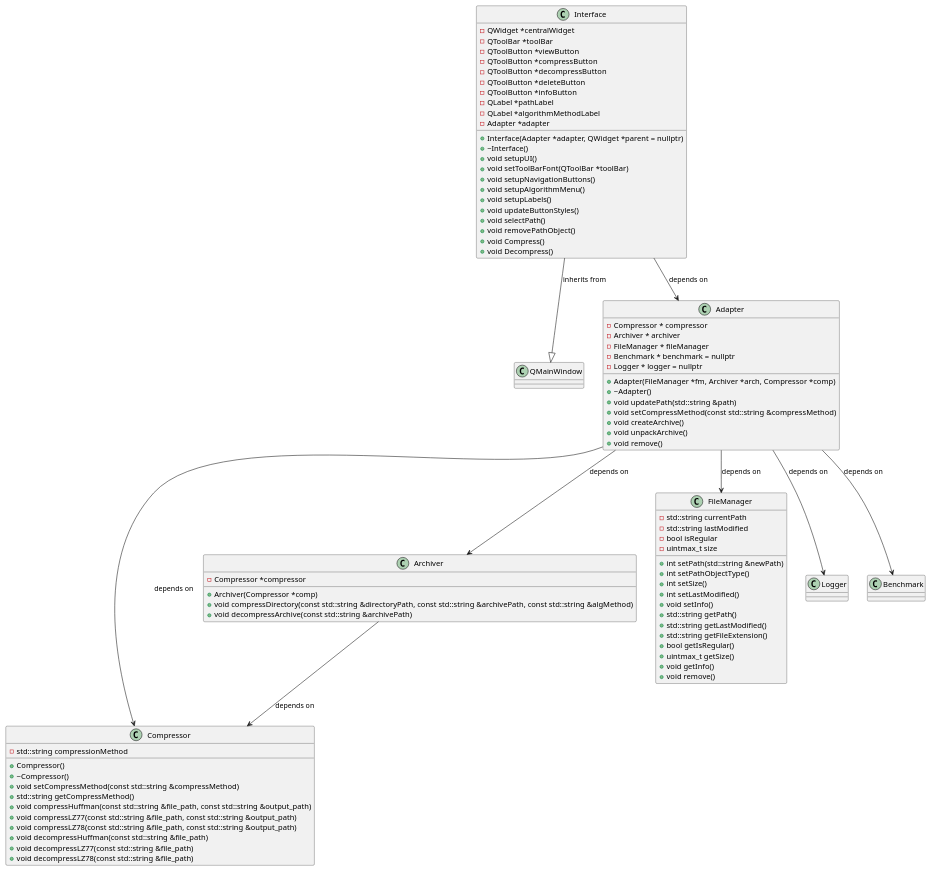
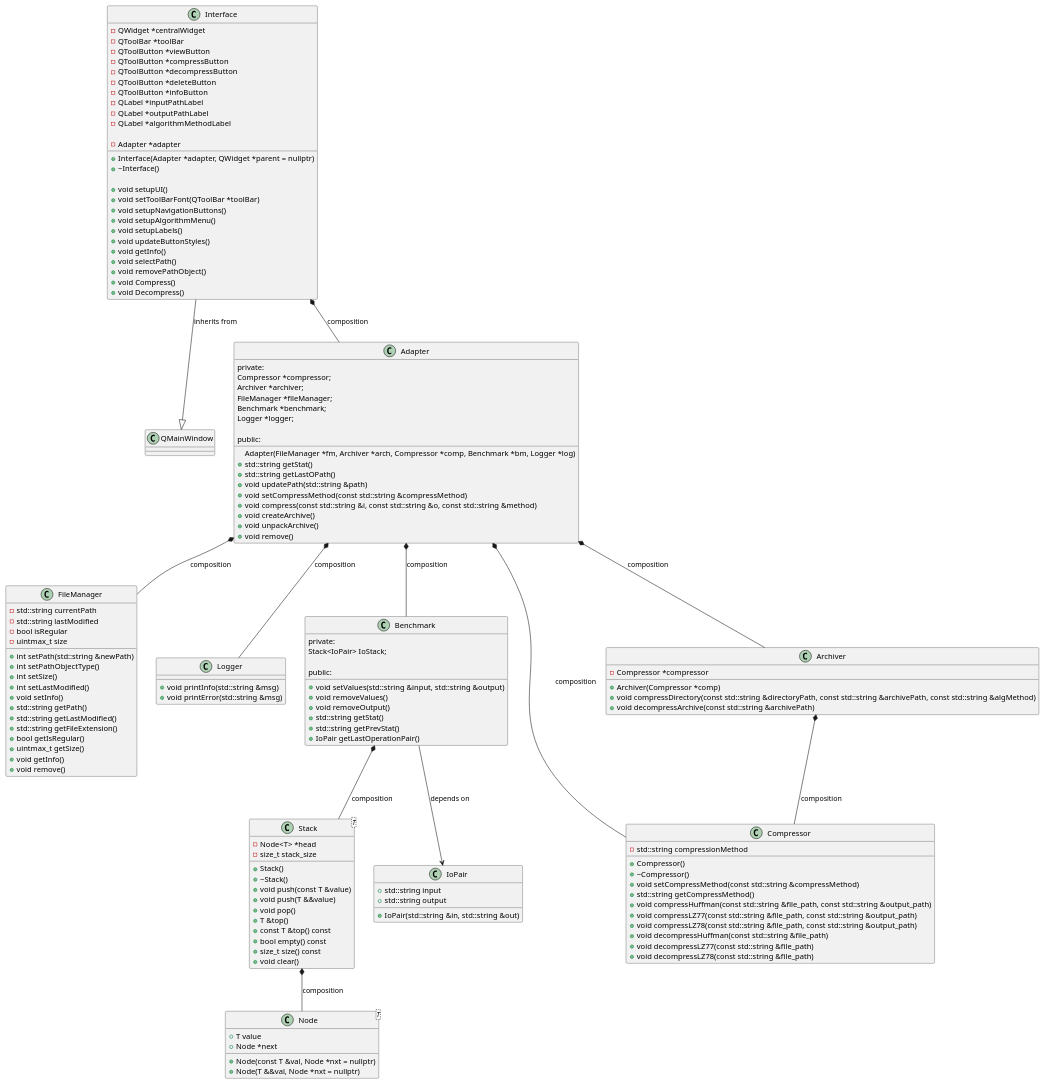
The diagram in assets/diagrama.puml (xfrbt1/ArchiveIT), drawn with PlantUML before and after one commit. The commit also changed 3 other files, not shown here.

```diff
--- a/assets/diagrama.puml
+++ b/assets/diagrama.puml
@@ -1,107 +1,168 @@
 @startuml
 
 class Interface {
     - QWidget *centralWidget
     - QToolBar *toolBar
     - QToolButton *viewButton
     - QToolButton *compressButton
     - QToolButton *decompressButton
     - QToolButton *deleteButton
     - QToolButton *infoButton
-    - QLabel *pathLabel
+    - QLabel *inputPathLabel
+    - QLabel *outputPathLabel
     - QLabel *algorithmMethodLabel
+
     - Adapter *adapter
 
     + Interface(Adapter *adapter, QWidget *parent = nullptr)
     + ~Interface()
+
     + void setupUI()
     + void setToolBarFont(QToolBar *toolBar)
     + void setupNavigationButtons()
     + void setupAlgorithmMenu()
     + void setupLabels()
     + void updateButtonStyles()
+    + void getInfo()
     + void selectPath()
     + void removePathObject()
     + void Compress()
     + void Decompress()
 }
 
 
 Interface --|> QMainWindow : inherits from
-Interface --> Adapter : depends on
+Interface *-- Adapter : composition
 
 
 class Adapter {
-    - Compressor * compressor
-    - Archiver * archiver
-    - FileManager * fileManager
-    - Benchmark * benchmark = nullptr
-    - Logger * logger = nullptr
 
-    + Adapter(FileManager *fm, Archiver *arch, Compressor *comp)
-    + ~Adapter()
+private:
+    Compressor *compressor;
+    Archiver *archiver;
+    FileManager *fileManager;
+    Benchmark *benchmark;
+    Logger *logger;
+
+public:
+    Adapter(FileManager *fm, Archiver *arch, Compressor *comp, Benchmark *bm, Logger *log)
+    + std::string getStat()
+    + std::string getLastOPath()
     + void updatePath(std::string &path)
     + void setCompressMethod(const std::string &compressMethod)
+    + void compress(const std::string &i, const std::string &o, const std::string &method)
     + void createArchive()
     + void unpackArchive()
     + void remove()
 }
 
+Adapter *-- FileManager : composition
+Adapter *-- Logger : composition
+Adapter *-- Benchmark : composition
+Adapter *-- Compressor : composition
+Adapter *-- Archiver : composition
 
-Adapter --> Compressor : depends on
-Adapter --> Archiver : depends on
-Adapter --> FileManager : depends on
-Adapter --> Logger : depends on
-Adapter --> Benchmark : depends on
 
+class Benchmark {
+
+private:
+    Stack<IoPair> IoStack;
+
+public:
+    + void setValues(std::string &input, std::string &output)
+    + void removeValues()
+    + void removeOutput()
+    + std::string getStat()
+    + std::string getPrevStat()
+    + IoPair getLastOperationPair()
+}
+
+Benchmark *-- Stack : composition
+Benchmark -->  IoPair: depends on
+
+class Stack<T> {
+    - Node<T> *head
+    - size_t stack_size
+
+    + Stack()
+    + ~Stack()
+    + void push(const T &value)
+    + void push(T &&value)
+    + void pop()
+    + T &top()
+    + const T &top() const
+    + bool empty() const
+    + size_t size() const
+    + void clear()
+}
+
+class Node<T> {
+    + T value
+    + Node *next
+
+    + Node(const T &val, Node *nxt = nullptr)
+    + Node(T &&val, Node *nxt = nullptr)
+}
+
+Stack *-- Node : composition
+
+class IoPair {
+    + std::string input
+    + std::string output
+
+    + IoPair(std::string &in, std::string &out)
+}
 
 class FileManager {
     - std::string currentPath
     - std::string lastModified
     - bool isRegular
     - uintmax_t size
 
     + int setPath(std::string &newPath)
     + int setPathObjectType()
     + int setSize()
     + int setLastModified()
     + void setInfo()
     + std::string getPath()
     + std::string getLastModified()
     + std::string getFileExtension()
     + bool getIsRegular()
     + uintmax_t getSize()
     + void getInfo()
     + void remove()
 }
 
-
 class Compressor {
     - std::string compressionMethod
 
     + Compressor()
     + ~Compressor()
     + void setCompressMethod(const std::string &compressMethod)
     + std::string getCompressMethod()
     + void compressHuffman(const std::string &file_path, const std::string &output_path)
     + void compressLZ77(const std::string &file_path, const std::string &output_path)
     + void compressLZ78(const std::string &file_path, const std::string &output_path)
     + void decompressHuffman(const std::string &file_path)
     + void decompressLZ77(const std::string &file_path)
     + void decompressLZ78(const std::string &file_path)
 }
 
-
 class Archiver {
     - Compressor *compressor
 
     + Archiver(Compressor *comp)
     + void compressDirectory(const std::string &directoryPath, const std::string &archivePath, const std::string &algMethod)
     + void decompressArchive(const std::string &archivePath)
 }
 
+Archiver *-- Compressor : composition
 
-Archiver --> Compressor : depends on
+
+class Logger {
+   + void printInfo(std::string &msg)
+   + void printError(std::string &msg)
+}
 
 
 @enduml
```
